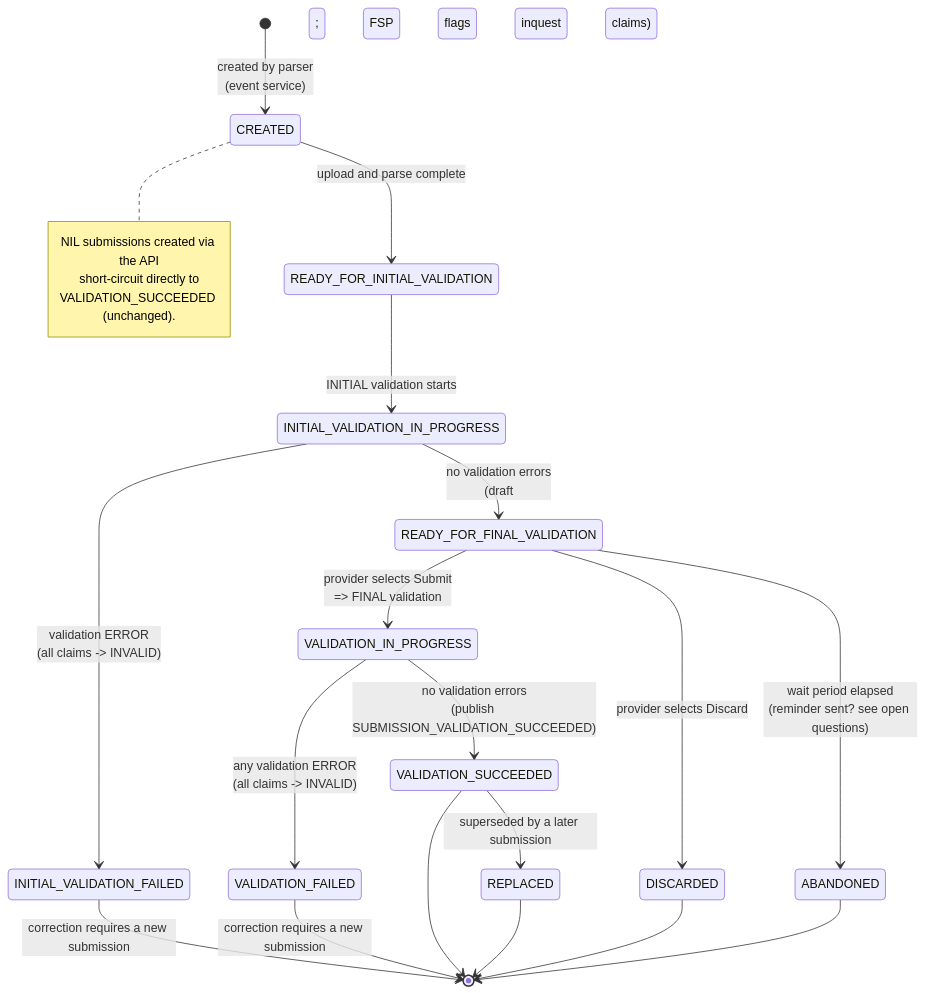
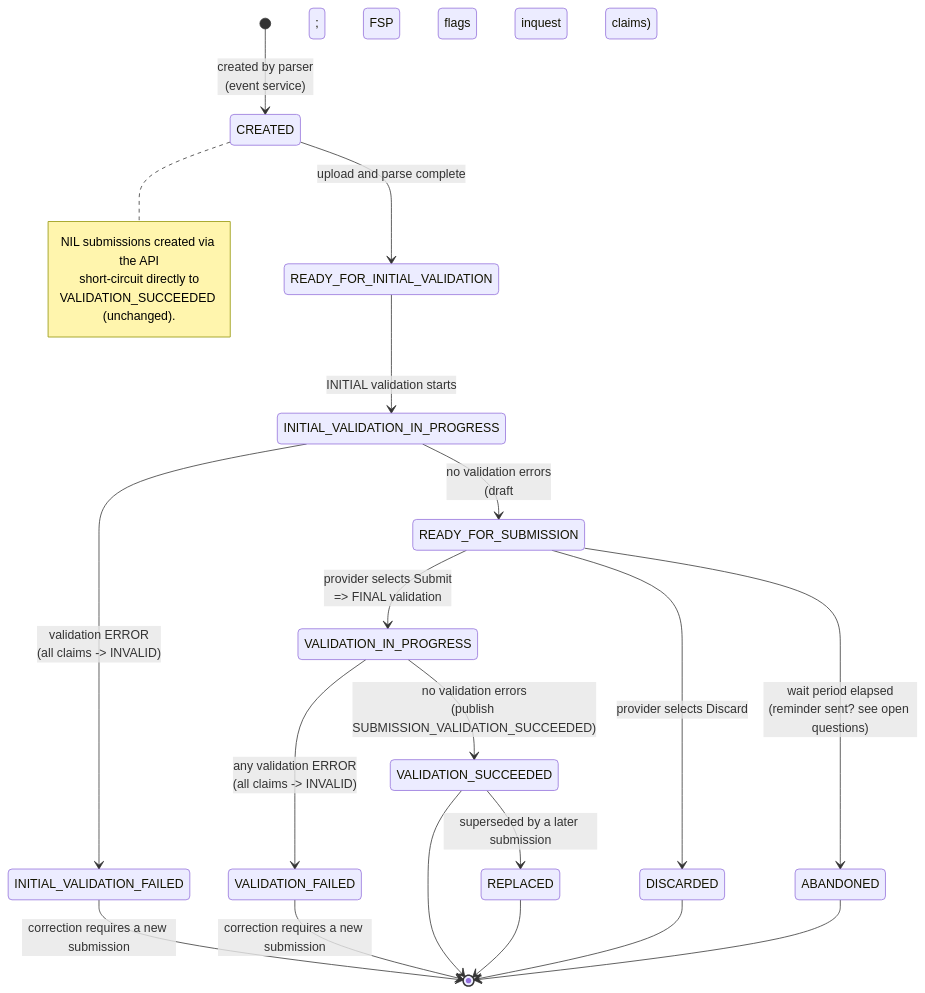
Before and after one commit to ministryofjustice/laa-data-claims-api: the diagram in docs/state-transition-submission.md, drawn with Mermaid. The commit also changed other lines of this file and 2 other files, not shown here.

Commit message:
Replaced READY_FOR_FINAL_VALIDATION by READY_FOR_SUBMISSION, to match the spec in JIRA.

````diff
--- a/docs/state-transition-submission.md
+++ b/docs/state-transition-submission.md
@@ -16,31 +16,31 @@
 ```mermaid
 stateDiagram-v2
     [*] --> CREATED : created by parser<br/>(event service)
     CREATED --> READY_FOR_INITIAL_VALIDATION : upload and parse complete
 
     READY_FOR_INITIAL_VALIDATION --> INITIAL_VALIDATION_IN_PROGRESS : INITIAL validation starts
 
     INITIAL_VALIDATION_IN_PROGRESS --> INITIAL_VALIDATION_FAILED : validation ERROR<br/>(all claims -> INVALID)
-    INITIAL_VALIDATION_IN_PROGRESS --> READY_FOR_FINAL_VALIDATION : no validation errors<br/>(draft; FSP flags inquest claims)
+    INITIAL_VALIDATION_IN_PROGRESS --> READY_FOR_SUBMISSION : no validation errors<br/>(draft; FSP flags inquest claims)
 
-    READY_FOR_FINAL_VALIDATION --> VALIDATION_IN_PROGRESS : provider selects Submit<br/>=> FINAL validation
-    READY_FOR_FINAL_VALIDATION --> DISCARDED : provider selects Discard
-    READY_FOR_FINAL_VALIDATION --> ABANDONED : wait period elapsed<br/>(reminder sent? see open questions)
+    READY_FOR_SUBMISSION --> VALIDATION_IN_PROGRESS : provider selects Submit<br/>=> FINAL validation
+    READY_FOR_SUBMISSION --> DISCARDED : provider selects Discard
+    READY_FOR_SUBMISSION --> ABANDONED : wait period elapsed<br/>(reminder sent? see open questions)
 
     VALIDATION_IN_PROGRESS --> VALIDATION_SUCCEEDED : no validation errors<br/>(publish SUBMISSION_VALIDATION_SUCCEEDED)
     VALIDATION_IN_PROGRESS --> VALIDATION_FAILED : any validation ERROR<br/>(all claims -> INVALID)
 
     VALIDATION_SUCCEEDED --> REPLACED : superseded by a later submission
     INITIAL_VALIDATION_FAILED --> [*] : correction requires a new submission
     VALIDATION_FAILED --> [*] : correction requires a new submission
     VALIDATION_SUCCEEDED --> [*]
     REPLACED --> [*]
     DISCARDED --> [*]
     ABANDONED --> [*]
 
     note right of CREATED
       NIL submissions created via the API
       short-circuit directly to
       VALIDATION_SUCCEEDED (unchanged).
     end note
 ```
````
